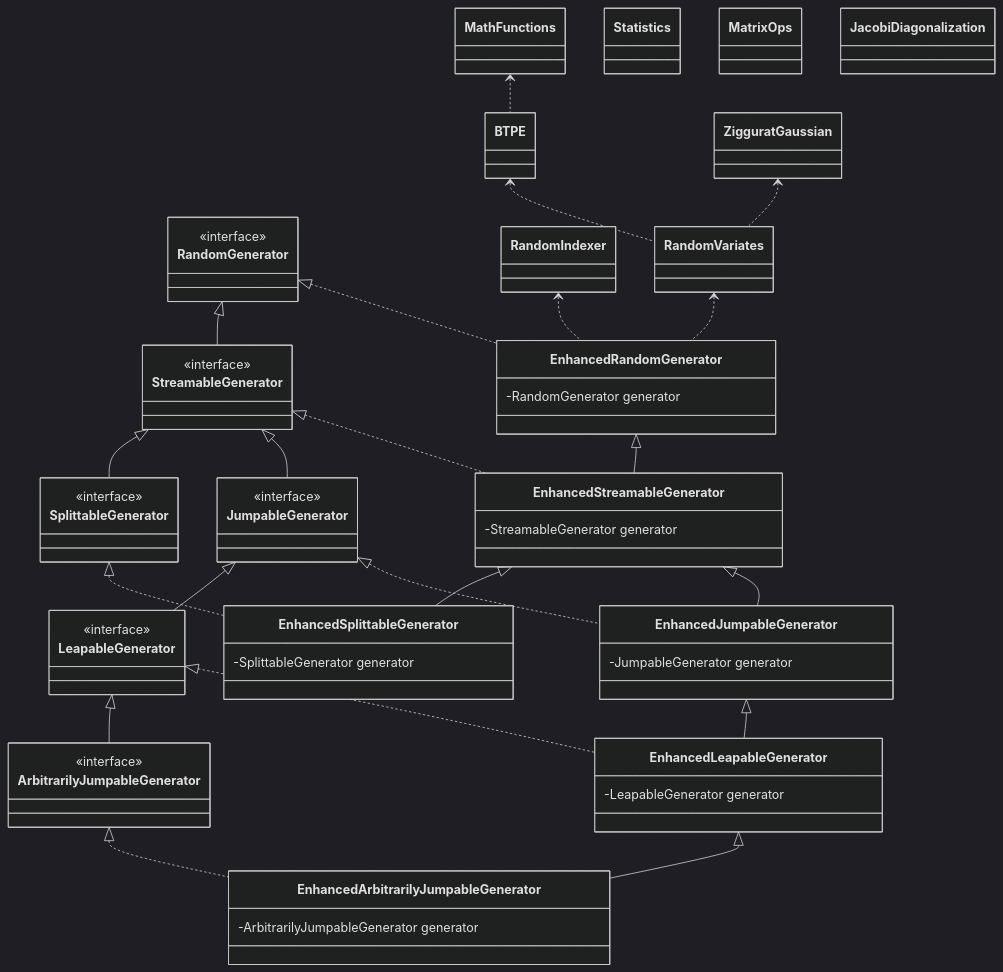
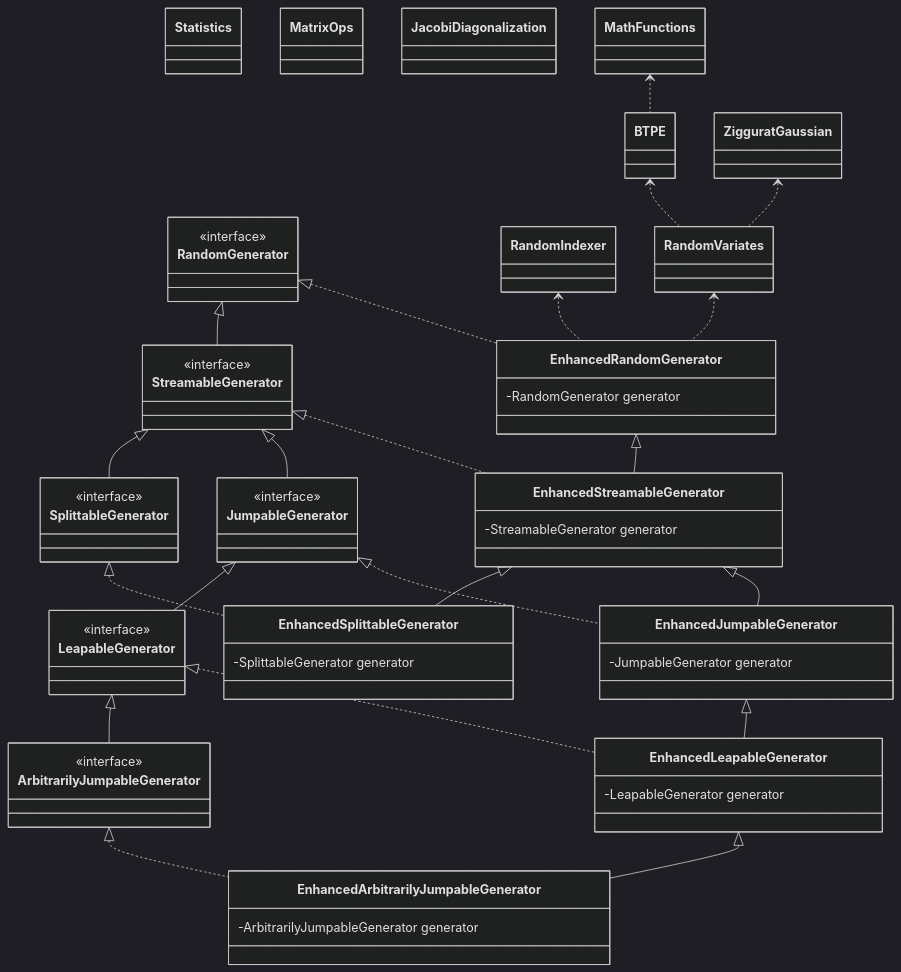
One commit to cicirello/rho-mu changed the diagram in README.md. Above: the diagram before and after it, drawn with Mermaid (dark theme). The commit also changed other lines of this file, not shown here.

````diff
--- a/README.md
+++ b/README.md
@@ -46,76 +46,76 @@
 ```mermaid
 classDiagram
   class RandomGenerator
   <<interface>> RandomGenerator
   class StreamableGenerator
   <<interface>> StreamableGenerator
   RandomGenerator <|-- StreamableGenerator
   class SplittableGenerator
   <<interface>> SplittableGenerator
   StreamableGenerator <|-- SplittableGenerator
   class JumpableGenerator
   <<interface>> JumpableGenerator
   StreamableGenerator <|-- JumpableGenerator
   class LeapableGenerator
   <<interface>> LeapableGenerator
   JumpableGenerator <|-- LeapableGenerator
   class ArbitrarilyJumpableGenerator
   <<interface>> ArbitrarilyJumpableGenerator
   LeapableGenerator <|-- ArbitrarilyJumpableGenerator
   class EnhancedRandomGenerator
   RandomGenerator <|.. EnhancedRandomGenerator
   class RandomIndexer
   RandomIndexer <.. EnhancedRandomGenerator
   class RandomVariates
   RandomVariates <.. EnhancedRandomGenerator
   EnhancedRandomGenerator : -RandomGenerator generator
   class BTPE
   BTPE <.. RandomVariates
   class ZigguratGaussian
   ZigguratGaussian <.. RandomVariates
-  class MathFunctions
-  MathFunctions <.. BTPE
   class Statistics
   class MatrixOps
   class JacobiDiagonalization
+  class MathFunctions
+  MathFunctions <.. BTPE
   class EnhancedStreamableGenerator
   EnhancedRandomGenerator <|-- EnhancedStreamableGenerator
   StreamableGenerator <|.. EnhancedStreamableGenerator
   EnhancedStreamableGenerator : -StreamableGenerator generator
   class EnhancedSplittableGenerator
   EnhancedStreamableGenerator <|-- EnhancedSplittableGenerator
   SplittableGenerator <|.. EnhancedSplittableGenerator
   EnhancedSplittableGenerator : -SplittableGenerator generator
   class EnhancedJumpableGenerator
   EnhancedStreamableGenerator <|-- EnhancedJumpableGenerator
   JumpableGenerator <|.. EnhancedJumpableGenerator
   EnhancedJumpableGenerator : -JumpableGenerator generator
   class EnhancedLeapableGenerator
   EnhancedJumpableGenerator <|-- EnhancedLeapableGenerator
   LeapableGenerator <|.. EnhancedLeapableGenerator
   EnhancedLeapableGenerator : -LeapableGenerator generator
   class EnhancedArbitrarilyJumpableGenerator
   EnhancedLeapableGenerator <|-- EnhancedArbitrarilyJumpableGenerator
   ArbitrarilyJumpableGenerator <|.. EnhancedArbitrarilyJumpableGenerator
   EnhancedArbitrarilyJumpableGenerator : -ArbitrarilyJumpableGenerator generator
   link RandomIndexer "https://rho-mu.cicirello.org/api/org.cicirello.rho_mu/org/cicirello/math/rand/RandomIndexer.html"
   link RandomVariates "https://rho-mu.cicirello.org/api/org.cicirello.rho_mu/org/cicirello/math/rand/RandomVariates.html"
   link EnhancedRandomGenerator "https://rho-mu.cicirello.org/api/org.cicirello.rho_mu/org/cicirello/math/rand/EnhancedRandomGenerator.html"
   link EnhancedStreamableGenerator "https://rho-mu.cicirello.org/api/org.cicirello.rho_mu/org/cicirello/math/rand/EnhancedStreamableGenerator.html"
   link EnhancedSplittableGenerator "https://rho-mu.cicirello.org/api/org.cicirello.rho_mu/org/cicirello/math/rand/EnhancedSplittableGenerator.html"
   link EnhancedJumpableGenerator "https://rho-mu.cicirello.org/api/org.cicirello.rho_mu/org/cicirello/math/rand/EnhancedJumpableGenerator.html"
   link EnhancedLeapableGenerator "https://rho-mu.cicirello.org/api/org.cicirello.rho_mu/org/cicirello/math/rand/EnhancedLeapableGenerator.html"
   link EnhancedArbitrarilyJumpableGenerator "https://rho-mu.cicirello.org/api/org.cicirello.rho_mu/org/cicirello/math/rand/EnhancedArbitrarilyJumpableGenerator.html"
   link RandomGenerator "https://docs.oracle.com/en/java/javase/17/docs/api/java.base/java/util/random/RandomGenerator.html"
   link StreamableGenerator "https://docs.oracle.com/en/java/javase/17/docs/api/java.base/java/util/random/RandomGenerator.StreamableGenerator.html"
   link SplittableGenerator "https://docs.oracle.com/en/java/javase/17/docs/api/java.base/java/util/random/RandomGenerator.SplittableGenerator.html"
   link JumpableGenerator "https://docs.oracle.com/en/java/javase/17/docs/api/java.base/java/util/random/RandomGenerator.JumpableGenerator.html"
   link LeapableGenerator "https://docs.oracle.com/en/java/javase/17/docs/api/java.base/java/util/random/RandomGenerator.LeapableGenerator.html"
   link ArbitrarilyJumpableGenerator "https://docs.oracle.com/en/java/javase/17/docs/api/java.base/java/util/random/RandomGenerator.ArbitrarilyJumpableGenerator.html"
   link ZigguratGaussian "https://rho-mu.cicirello.org/api/org.cicirello.rho_mu/org/cicirello/math/rand/ZigguratGaussian.html"
   link BTPE "https://github.com/cicirello/rho-mu/blob/main/src/main/java/org/cicirello/math/rand/BTPE.java"
   link MathFunctions "https://rho-mu.cicirello.org/api/org.cicirello.rho_mu/org/cicirello/math/MathFunctions.html"
   link Statistics "https://rho-mu.cicirello.org/api/org.cicirello.rho_mu/org/cicirello/math/stats/Statistics.html"
   link MatrixOps "https://rho-mu.cicirello.org/api/org.cicirello.rho_mu/org/cicirello/math/la/MatrixOps.html"
   link JacobiDiagonalization "https://rho-mu.cicirello.org/api/org.cicirello.rho_mu/org/cicirello/math/la/JacobiDiagonalization.html"
 ```
````
